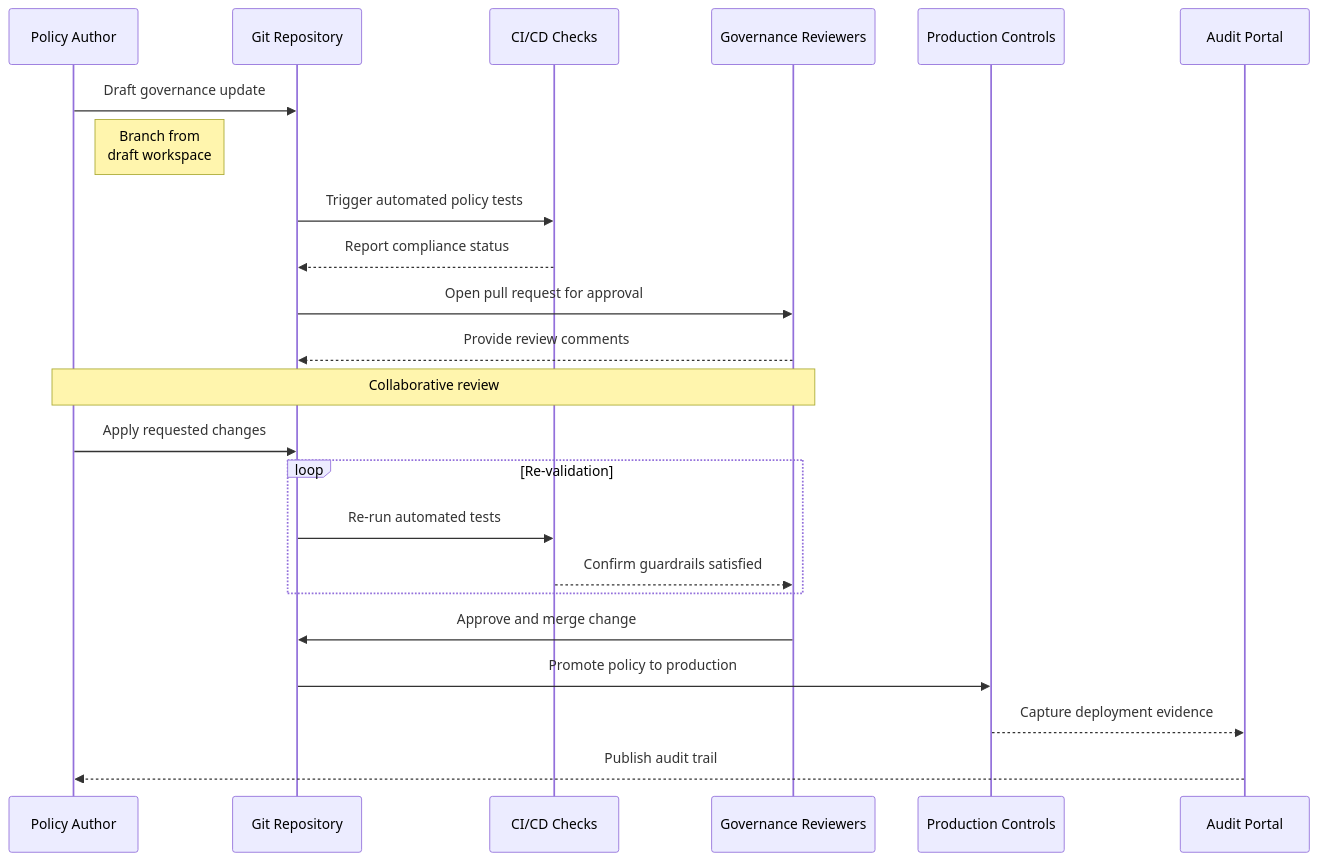
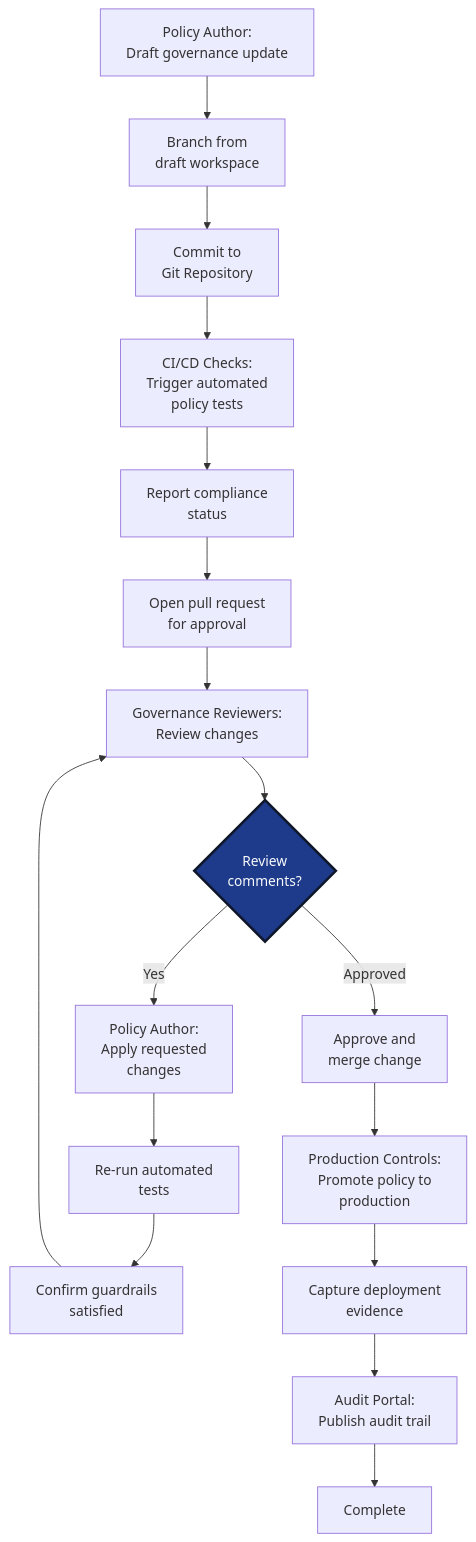
Before and after one commit to Geonitab/architecture_as_code: the diagram in docs/images/diagram_29_governance_pipeline.mmd, drawn with Mermaid.

Commit message:
Convert governance pipeline diagram from horizontal to vertical layout

```diff
--- a/docs/images/diagram_29_governance_pipeline.mmd
+++ b/docs/images/diagram_29_governance_pipeline.mmd
@@ -1,25 +1,22 @@
 %% Governance as Code approval flow across stakeholders
-sequenceDiagram
-    participant Author as Policy Author
-    participant Repo as Git Repository
-    participant CI as CI/CD Checks
-    participant Review as Governance Reviewers
-    participant Deploy as Production Controls
-    participant Audit as Audit Portal
-
-    Author->>Repo: Draft governance update
-    Note right of Author: Branch from<br/>draft workspace
-    Repo->>CI: Trigger automated policy tests
-    CI-->>Repo: Report compliance status
-    Repo->>Review: Open pull request for approval
-    Review-->>Repo: Provide review comments
-    Note over Author,Review: Collaborative review
-    Author->>Repo: Apply requested changes
-    loop Re-validation
-        Repo->>CI: Re-run automated tests
-        CI-->>Review: Confirm guardrails satisfied
-    end
-    Review->>Repo: Approve and merge change
-    Repo->>Deploy: Promote policy to production
-    Deploy-->>Audit: Capture deployment evidence
-    Audit-->>Author: Publish audit trail
+graph TD
+    Start[Policy Author:<br/>Draft governance update]:::kv-primary
+    Start --> Branch[Branch from<br/>draft workspace]:::kv-highlight
+    Branch --> Repo[Commit to<br/>Git Repository]:::kv-accent
+    Repo --> CI[CI/CD Checks:<br/>Trigger automated<br/>policy tests]:::kv-accent
+    CI --> Status[Report compliance<br/>status]:::kv-highlight
+    Status --> PR[Open pull request<br/>for approval]:::kv-accent
+    PR --> Review[Governance Reviewers:<br/>Review changes]:::kv-primary
+    Review --> Comments{Review<br/>comments?}:::kv-decision
+    Comments -->|Yes| Changes[Policy Author:<br/>Apply requested<br/>changes]:::kv-highlight
+    Changes --> Revalidate[Re-run automated<br/>tests]:::kv-accent
+    Revalidate --> Guardrails[Confirm guardrails<br/>satisfied]:::kv-highlight
+    Guardrails --> Review
+    Comments -->|Approved| Merge[Approve and<br/>merge change]:::kv-primary
+    Merge --> Deploy[Production Controls:<br/>Promote policy to<br/>production]:::kv-accent
+    Deploy --> Evidence[Capture deployment<br/>evidence]:::kv-highlight
+    Evidence --> Audit[Audit Portal:<br/>Publish audit trail]:::kv-primary
+    Audit --> End[Complete]:::kv-accent
+    
+    classDef kv-decision fill:#1E3A8A,stroke:#0F172A,color:#F8FAFC,stroke-width:3px
+    class Comments kv-decision
```
